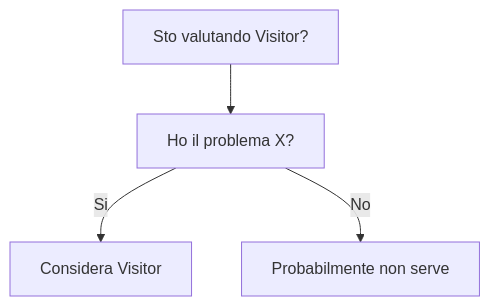
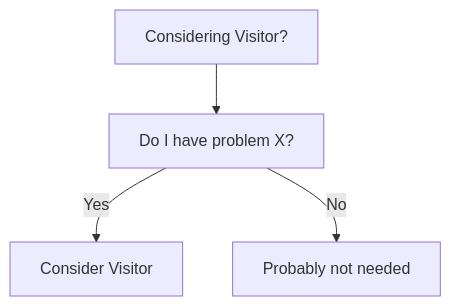
The diagram in dev-wiki/03_Design_Patterns/Behavioral/Visitor/When_To_Use.md (HxT9/Software-Dev-Wiki), drawn with Mermaid before and after one commit. The commit also changed other lines of this file and 3444 other files, not shown here.

````diff
--- a/dev-wiki/03_Design_Patterns/Behavioral/Visitor/When_To_Use.md
+++ b/dev-wiki/03_Design_Patterns/Behavioral/Visitor/When_To_Use.md
@@ -19,6 +19,6 @@
 ```mermaid
 flowchart TD
-  Q[Sto valutando Visitor?] --> Q1[Ho il problema X?]
-  Q1 -->|Si| OK[Considera Visitor]
-  Q1 -->|No| NO[Probabilmente non serve]
+  Q[Considering Visitor?] --> Q1[Do I have problem X?]
+  Q1 -->|Yes| OK[Consider Visitor]
+  Q1 -->|No| NO[Probably not needed]
 ```
````
